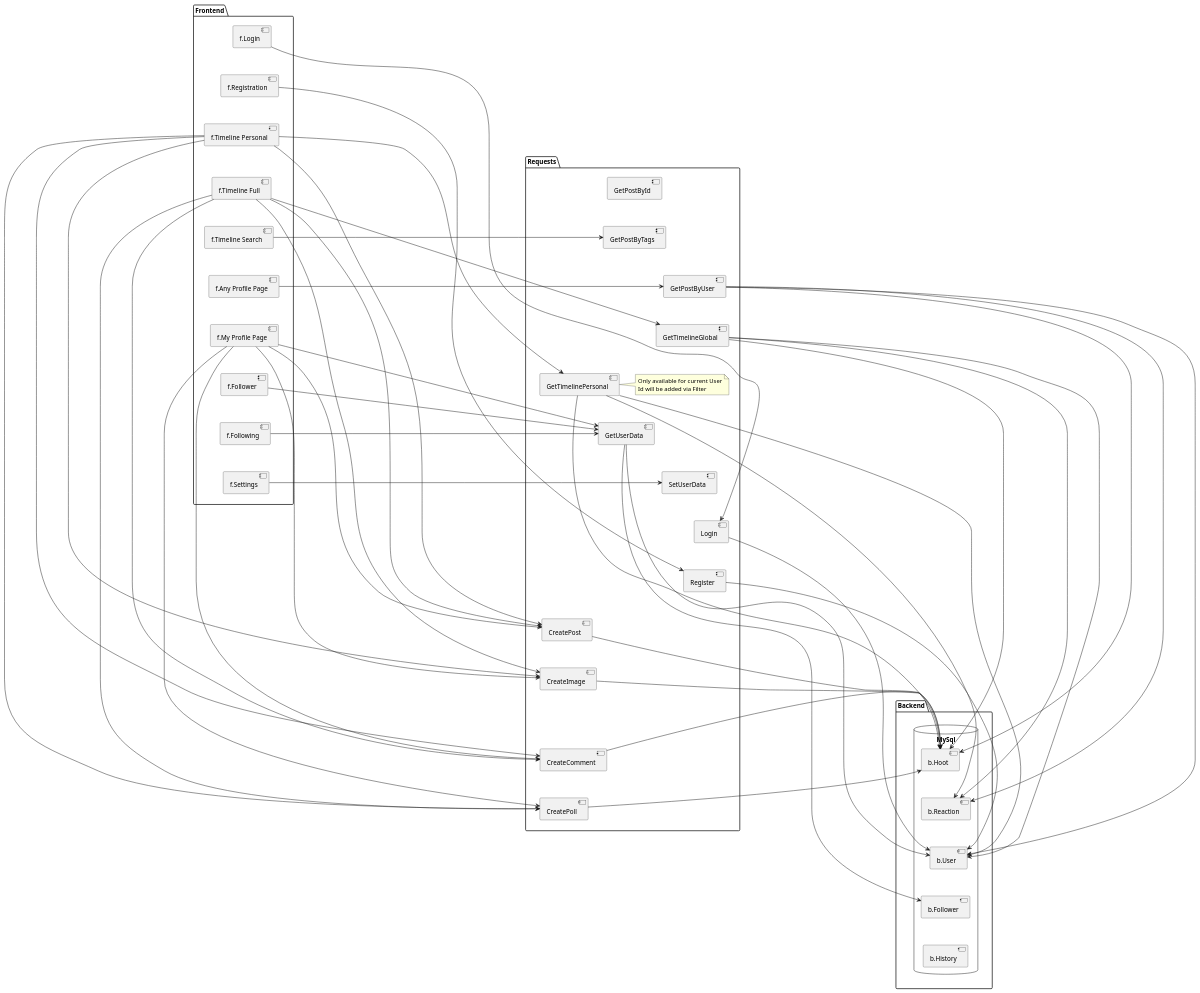
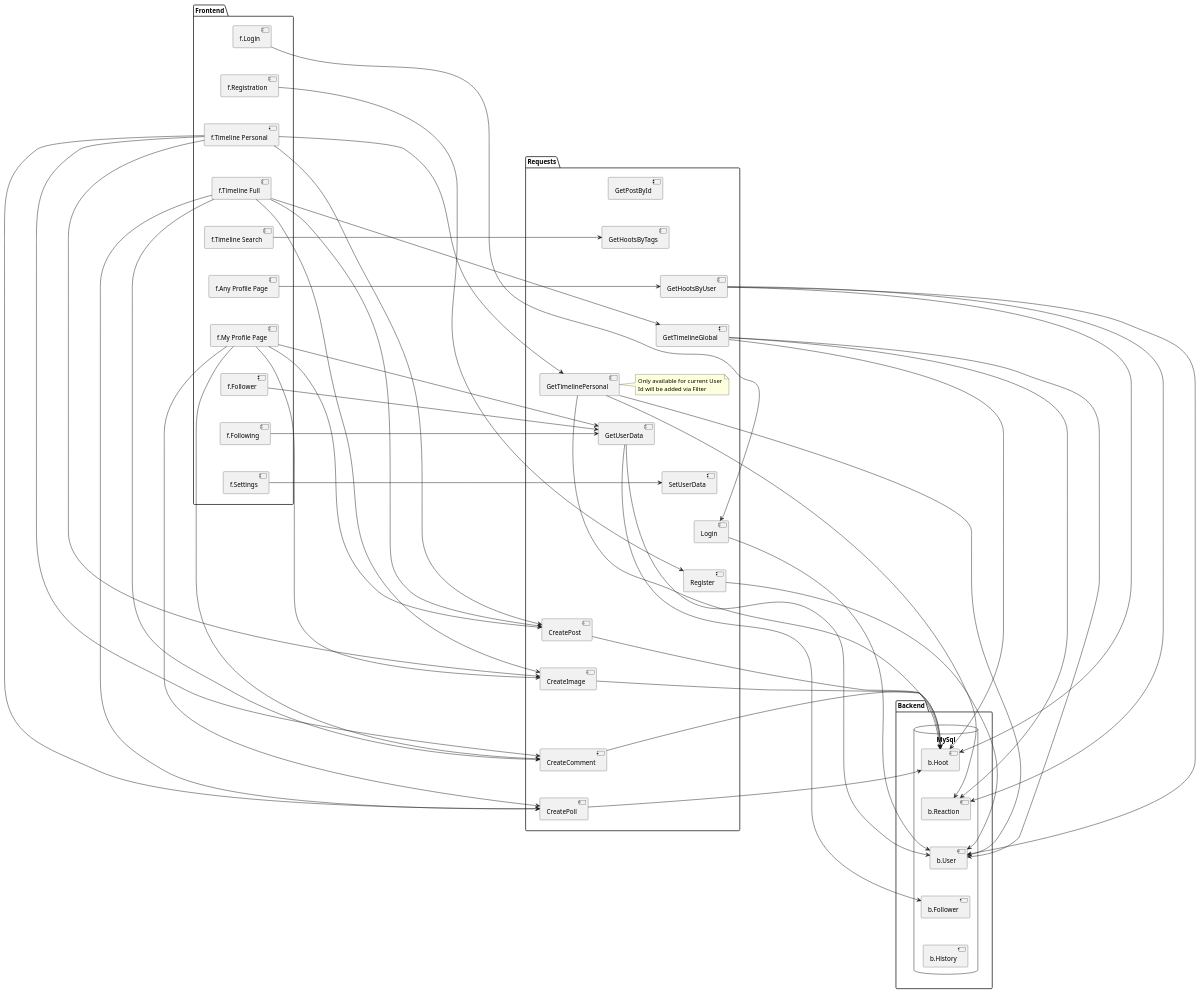
Before and after one commit to ulftietze/hoot: the diagram in docs/diagrams/Front-Backend-API.puml, drawn with PlantUML. The commit also changed 13 other files, not shown here.

```diff
--- a/docs/diagrams/Front-Backend-API.puml
+++ b/docs/diagrams/Front-Backend-API.puml
@@ -1,122 +1,122 @@
 @startuml
 'https://plantuml.com/component-diagram
 /'TODO: Beautify (Probably never)'/
 
 package Frontend {
     [f.Login]
     [f.Registration]
     [f.Timeline Personal]
     [f.Timeline Full]
     [f.Timeline Search]
     [f.Any Profile Page]
     [f.My Profile Page]
     [f.Follower]
     [f.Following]
     [f.Settings]
 }
 
 [f.Login] -[hidden]down-> [f.Registration]
 [f.Registration] -[hidden]down-> [f.Timeline Personal]
 [f.Timeline Personal] -[hidden]down-> [f.Timeline Full]
 [f.Timeline Full] -[hidden]down-> [f.Timeline Search]
 [f.Timeline Search] -[hidden]down-> [f.Any Profile Page]
 [f.Any Profile Page] -[hidden]down-> [f.My Profile Page]
 [f.My Profile Page] -[hidden]down-> [f.Follower]
 [f.Follower] -[hidden]down-> [f.Following]
 [f.Following] -[hidden]down-> [f.Settings]
 
 package Requests {
     [GetPostById]
-    [GetPostByTags]
-    [GetPostByUser]
+    [GetHootsByTags]
+    [GetHootsByUser]
     [GetTimelineGlobal]
     [GetTimelinePersonal]
     [GetUserData]
     [SetUserData]
     [Login]
     [Register]
     [CreatePost]
     [CreateImage]
     [CreateComment]
     [CreatePoll]
 
     note right of [GetTimelinePersonal]
         Only available for current User
         Id will be added via Filter
     end note
 }
 
-[GetPostById] -[hidden]down-> [GetPostByTags]
-[GetPostByTags] -[hidden]down-> [GetPostByUser]
-[GetPostByUser] -[hidden]down-> [GetTimelineGlobal]
+[GetPostById] -[hidden]down-> [GetHootsByTags]
+[GetHootsByTags] -[hidden]down-> [GetHootsByUser]
+[GetHootsByUser] -[hidden]down-> [GetTimelineGlobal]
 [GetTimelineGlobal] -[hidden]down-> [GetTimelinePersonal]
 [GetTimelinePersonal] -[hidden]down-> [GetUserData]
 [GetUserData] -[hidden]down-> [SetUserData]
 [SetUserData] -[hidden]down-> [Login]
 [Login] -[hidden]down-> [Register]
 [Register] -[hidden]down-> [CreatePost]
 [CreatePost] -[hidden]down-> [CreateImage]
 [CreateImage] -[hidden]down-> [CreateComment]
 [CreateComment] -[hidden]down-> [CreatePoll]
 
 package Backend {
     database "MySql" {
         [b.Hoot]
         [b.Reaction]
         [b.User]
         [b.Follower]
         [b.History]
     }
 }
 
 [b.Hoot] -[hidden]down-> [b.Reaction]
 [b.Reaction] -[hidden]down-> [b.User]
 [b.User] -[hidden]down-> [b.Follower]
 [b.Follower] -[hidden]down-> [b.History]
 
 Frontend -[hidden]r-> Requests
 Requests -[hidden]r-> Backend
 
 
 [f.Timeline Full] -r-> [GetTimelineGlobal]
 [f.Timeline Personal] -r-> [GetTimelinePersonal]
 [f.Timeline Full] -r-> [CreatePost]
 [f.Timeline Personal] -r-> [CreatePost]
 [f.My Profile Page] -r-> [CreatePost]
 [f.Timeline Full] -r-> [CreateImage]
 [f.Timeline Personal] -r-> [CreateImage]
 [f.My Profile Page] -r-> [CreateImage]
 [f.Timeline Full] -r-> [CreateComment]
 [f.Timeline Personal] -r-> [CreateComment]
 [f.My Profile Page] -r-> [CreateComment]
 [f.Timeline Full] -r-> [CreatePoll]
 [f.Timeline Personal] -r-> [CreatePoll]
 [f.My Profile Page] -r-> [CreatePoll]
-[f.Timeline Search] -r-> [GetPostByTags]
-[f.Any Profile Page] -r-> [GetPostByUser]
+[f.Timeline Search] -r-> [GetHootsByTags]
+[f.Any Profile Page] -r-> [GetHootsByUser]
 [f.My Profile Page] -r-> [GetUserData]
 [f.Login] -r-> [Login]
 [f.Registration] -r-> [Register]
 [f.Follower] -r-> [GetUserData]
 [f.Following] -r-> [GetUserData]
 [f.Settings] -r-> [SetUserData]
 
 [Login] -r-> [b.User]
 [Register] -r-> [b.User]
 [GetUserData] -r-> [b.User]
 [GetUserData] -r-> [b.Follower]
-[GetPostByUser] -r-> [b.Hoot]
-[GetPostByUser] -r-> [b.User]
-[GetPostByUser] -r-> [b.Reaction]
+[GetHootsByUser] -r-> [b.Hoot]
+[GetHootsByUser] -r-> [b.User]
+[GetHootsByUser] -r-> [b.Reaction]
 [GetTimelinePersonal] -r-> [b.Hoot]
 [GetTimelinePersonal] -r-> [b.User]
 [GetTimelinePersonal] -r-> [b.Reaction]
 [GetTimelineGlobal] -r-> [b.Hoot]
 [GetTimelineGlobal] -r-> [b.User]
 [GetTimelineGlobal] -r-> [b.Reaction]
 [CreatePost] -r-> [b.Hoot]
 [CreateImage] -r-> [b.Hoot]
 [CreateComment] -r-> [b.Hoot]
 [CreatePoll] -r-> [b.Hoot]
 
 @enduml
```
